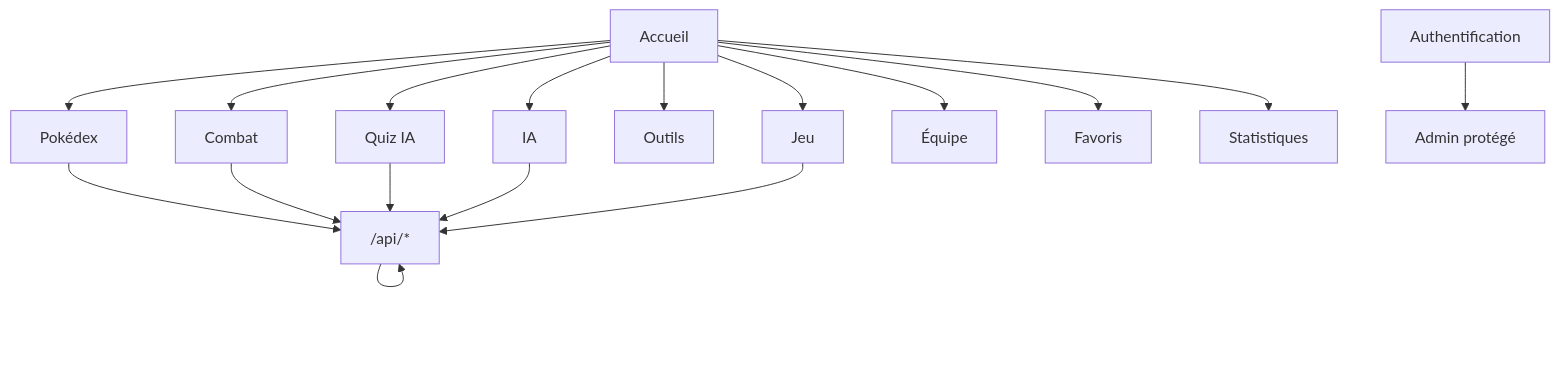
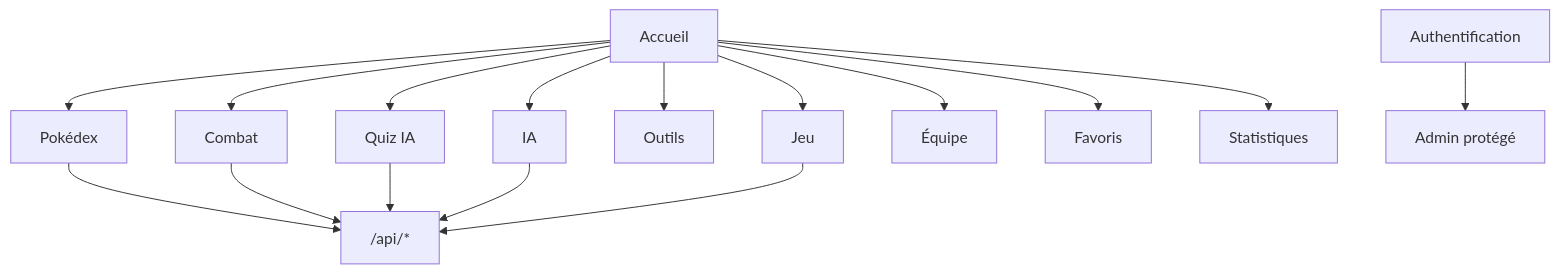
One commit to Thibault-megard1/pokedex-ai-v2 changed the diagram in README.md. Above: the diagram before and after it, drawn with Mermaid.

Commit message:
Update API endpoint references in README
Clarified API endpoints in the navigation diagram.

````diff
--- a/README.md
+++ b/README.md
@@ -19,22 +19,21 @@
 ```mermaid
     graph TD
         Accueil[Accueil] --> Pokedex[Pokédex]
         Accueil --> Combat[Combat]
         Accueil --> Quiz[Quiz IA]
         Accueil --> Jeu[Jeu]
         Accueil --> Outils[Outils]
         Accueil --> IA[IA]
         Accueil --> Equipe[Équipe]
         Accueil --> Favoris[Favoris]
         Accueil --> Stats[Statistiques]
     
         Auth[Authentification] --> Admin[Admin protégé]
     
-        Pokedex --> API
+        Pokedex --> API["/api/*"]
         Combat --> API
         Quiz --> API
         IA --> API
         Jeu --> API
 
-        API --> API["/api/*"]
 ```
````
